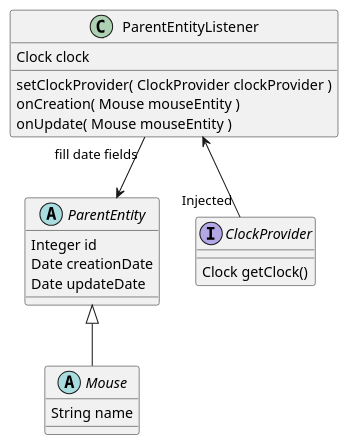
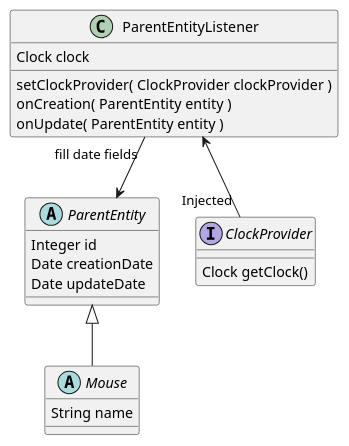
The diagram in src/doc/mouse/ListenerEnv.puml (gofannon-io/persist-demo), drawn with PlantUML before and after one commit. The commit also changed 9 other files, not shown here.

First line of the commit message:
fix,refactor: schemas + code

```diff
--- a/src/doc/mouse/ListenerEnv.puml
+++ b/src/doc/mouse/ListenerEnv.puml
@@ -1,36 +1,36 @@
 @startuml
 'https://plantuml.com/class-diagram
 
 
 abstract class ParentEntity {
     Integer id
     Date creationDate
     Date updateDate
 }
 
 abstract class Mouse {
     String name
 
 }
 
 ParentEntity <|-- Mouse
 
 
 class ParentEntityListener {
     Clock clock
 
     setClockProvider( ClockProvider clockProvider )
-    onCreation( Mouse mouseEntity )
-    onUpdate( Mouse mouseEntity )
+    onCreation( ParentEntity entity )
+    onUpdate( ParentEntity entity )
 }
 
 
 interface ClockProvider {
     Clock getClock()
 }
 
 ParentEntityListener "fill date fields" --> ParentEntity
 ParentEntityListener <-- "Injected" ClockProvider
 
 
 @enduml
```
